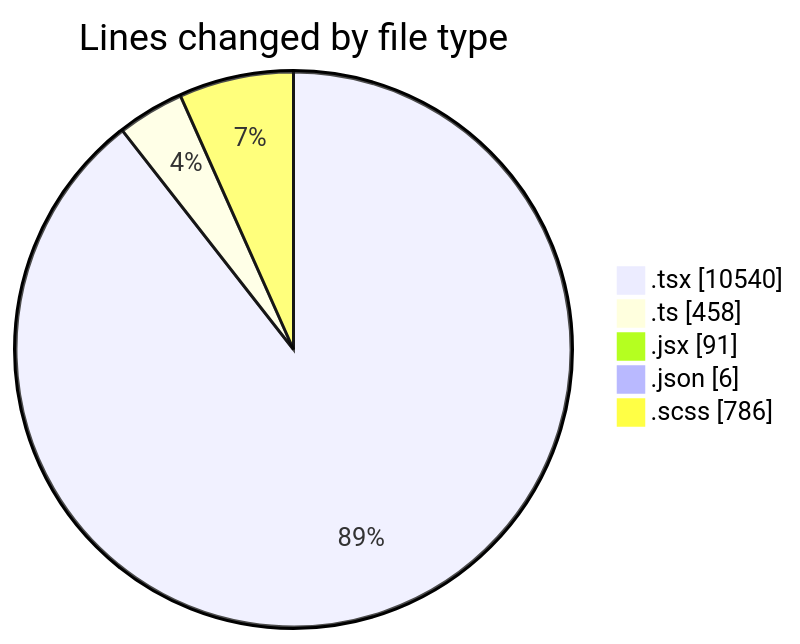
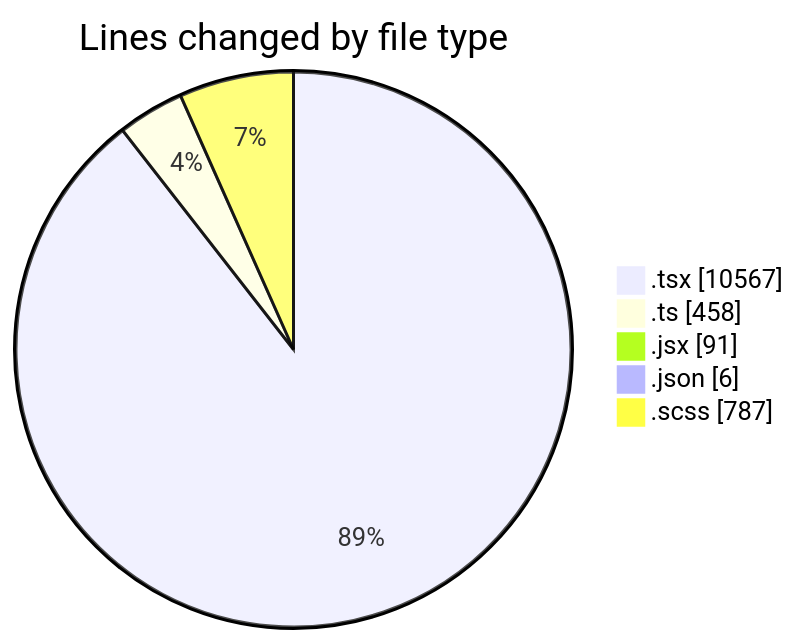
One commit to momahboobian/code-tracking changed the first of 2 diagrams in 2026-04-27/cda/README.md. Above: the diagram before and after it, drawn with Mermaid. The commit also changed other lines of this file and 1 other file, not shown here.

````diff
--- a/2026-04-27/cda/README.md
+++ b/2026-04-27/cda/README.md
@@ -57,9 +57,9 @@
 ```mermaid
 pie showData
 title Lines changed by file type
-".tsx" : 10540
+".tsx" : 10567
 ".ts" : 458
 ".jsx" : 91
 ".json" : 6
-".scss" : 786
+".scss" : 787
 ```
````
